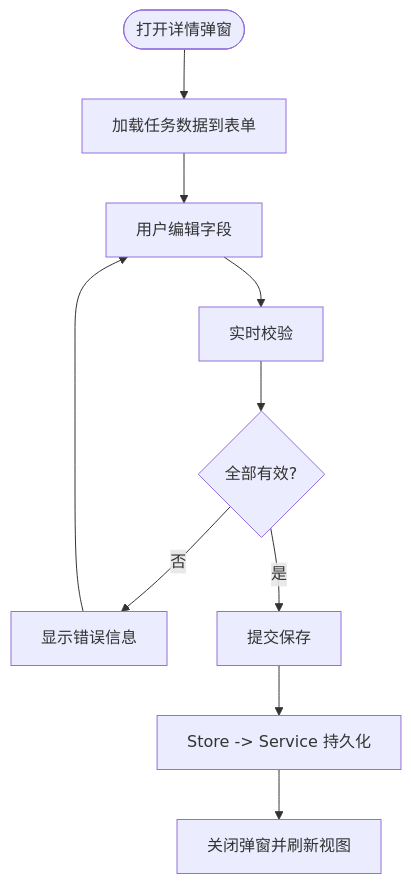
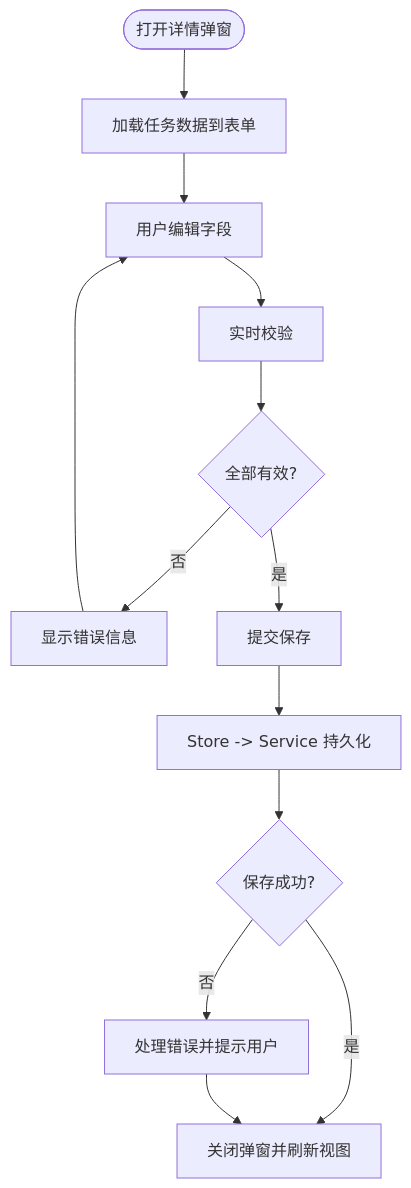
The fifth of 7 diagrams in .qoder/repowiki/zh/content/架构设计/组件架构设计/业务组件架构/时间管理组件.md (gzdxhujiale/FishWorker), drawn with Mermaid before and after one commit. The commit also changed other lines of this file and 19 other files, not shown here.

````diff
--- a/.qoder/repowiki/zh/content/架构设计/组件架构设计/业务组件架构/时间管理组件.md
+++ b/.qoder/repowiki/zh/content/架构设计/组件架构设计/业务组件架构/时间管理组件.md
@@ -256,12 +266,15 @@
 ```mermaid
 flowchart TD
 Open(["打开详情弹窗"]) --> Load["加载任务数据到表单"]
 Load --> Edit["用户编辑字段"]
 Edit --> Validate["实时校验"]
 Validate --> Valid{"全部有效?"}
 Valid --> |否| ShowErr["显示错误信息"]
 ShowErr --> Edit
 Valid --> |是| Submit["提交保存"]
 Submit --> Persist["Store -> Service 持久化"]
-Persist --> Close["关闭弹窗并刷新视图"]
+Persist --> Success{"保存成功?"}
+Success --> |是| Close["关闭弹窗并刷新视图"]
+Success --> |否| HandleError["处理错误并提示用户"]
+HandleError --> Close
 ```
````
